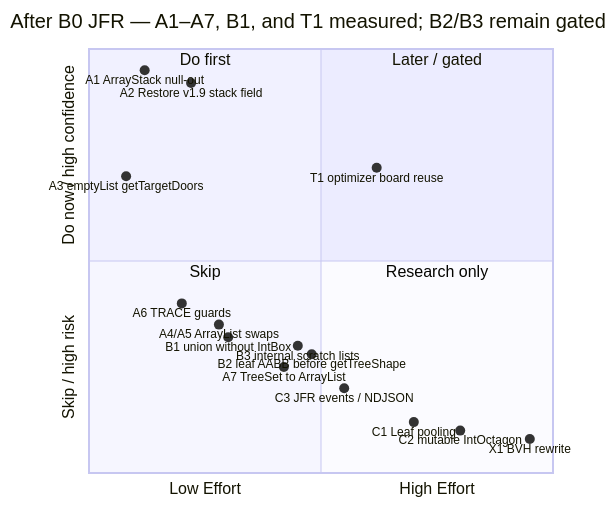
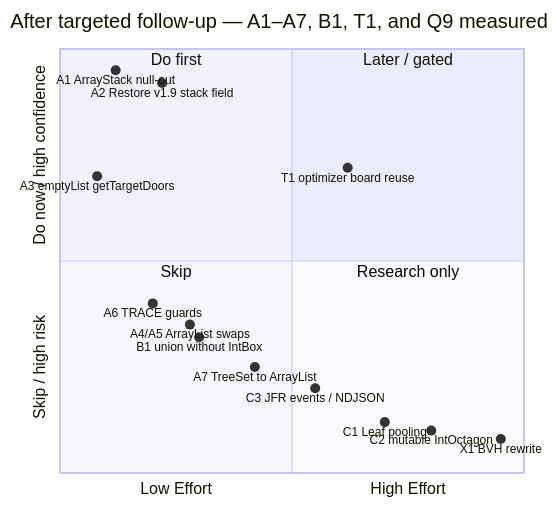
Before and after one commit to freerouting/freerouting: the second of 4 diagrams in docs/research/memory_allocation_optimization_plan.md, drawn with Mermaid. The commit also changed other lines of this file and 3 other files, not shown here.

````diff
--- a/docs/research/memory_allocation_optimization_plan.md
+++ b/docs/research/memory_allocation_optimization_plan.md
@@ -640,24 +682,22 @@
 ```mermaid
 quadrantChart
-    title After B0 JFR — A1–A7, B1, and T1 measured; B2/B3 remain gated
+    title After targeted follow-up — A1–A7, B1, T1, and Q9 measured
     x-axis Low Effort --> High Effort
     y-axis Skip / high risk --> Do now / high confidence
     quadrant-1 Later / gated
     quadrant-2 Do first
     quadrant-3 Skip
     quadrant-4 Research only
     "A1 ArrayStack null-out": [0.12, 0.95]
     "A2 Restore v1.9 stack field": [0.22, 0.92]
     "A3 emptyList getTargetDoors": [0.08, 0.70]
     "T1 optimizer board reuse": [0.62, 0.72]
     "A6 TRACE guards": [0.20, 0.40]
     "A4/A5 ArrayList swaps": [0.28, 0.35]
     "B1 union without IntBox": [0.30, 0.32]
-    "B3 internal scratch lists": [0.45, 0.30]
-    "B2 leaf AABB before getTreeShape": [0.48, 0.28]
     "A7 TreeSet to ArrayList": [0.42, 0.25]
     "C3 JFR events / NDJSON": [0.55, 0.20]
     "C1 Leaf pooling": [0.70, 0.12]
     "C2 mutable IntOctagon": [0.80, 0.10]
     "X1 BVH rewrite": [0.95, 0.08]
 ```
````
